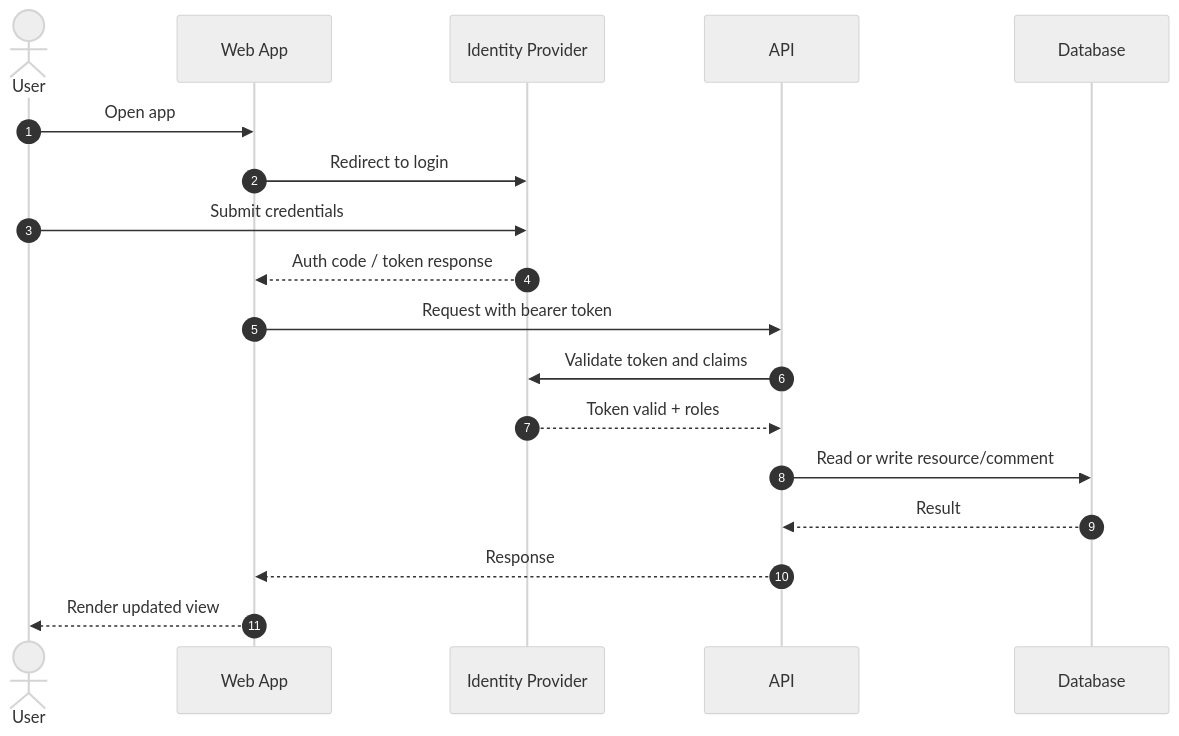
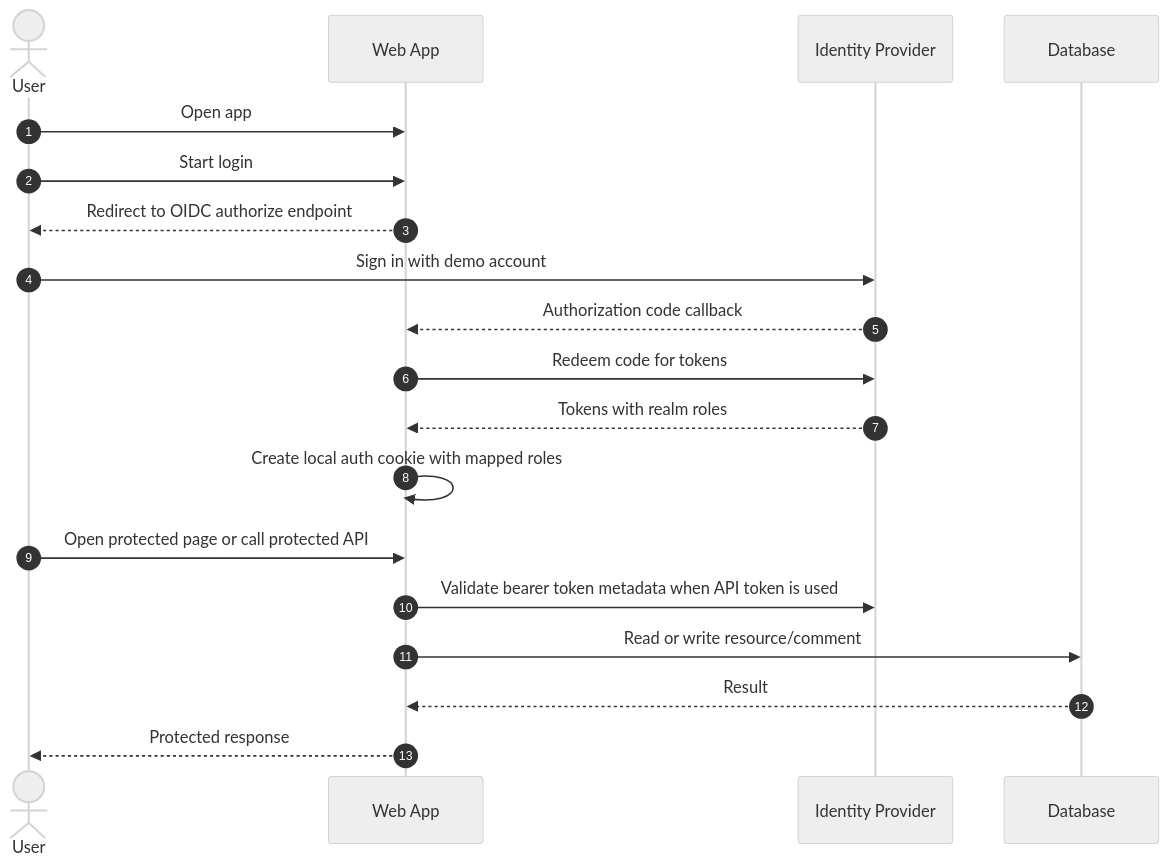
The diagram in diagrams/auth-sequence.mmd (SPOooON/wigo4it-blijvenleren-mvp), drawn with Mermaid (neutral theme) before and after one commit. The commit also changed 19 other files, not shown here.

Commit message:
feat: switch local auth to oidc flow

```diff
--- a/diagrams/auth-sequence.mmd
+++ b/diagrams/auth-sequence.mmd
@@ -1,19 +1,20 @@
 sequenceDiagram
     autonumber
     actor User
     participant Web as Web App
     participant IDP as Identity Provider
-    participant API as API
     participant DB as Database
 
     User->>Web: Open app
-    Web->>IDP: Redirect to login
-    User->>IDP: Submit credentials
-    IDP-->>Web: Auth code / token response
-    Web->>API: Request with bearer token
-    API->>IDP: Validate token and claims
-    IDP-->>API: Token valid + roles
-    API->>DB: Read or write resource/comment
-    DB-->>API: Result
-    API-->>Web: Response
-    Web-->>User: Render updated view
+    User->>Web: Start login
+    Web-->>User: Redirect to OIDC authorize endpoint
+    User->>IDP: Sign in with demo account
+    IDP-->>Web: Authorization code callback
+    Web->>IDP: Redeem code for tokens
+    IDP-->>Web: Tokens with realm roles
+    Web->>Web: Create local auth cookie with mapped roles
+    User->>Web: Open protected page or call protected API
+    Web->>IDP: Validate bearer token metadata when API token is used
+    Web->>DB: Read or write resource/comment
+    DB-->>Web: Result
+    Web-->>User: Protected response
```
